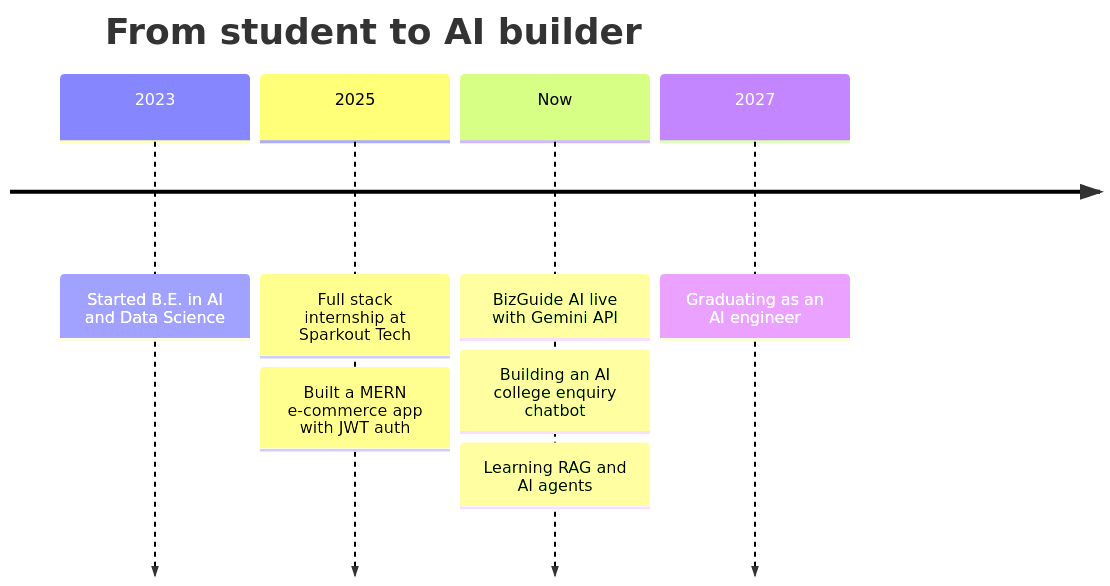
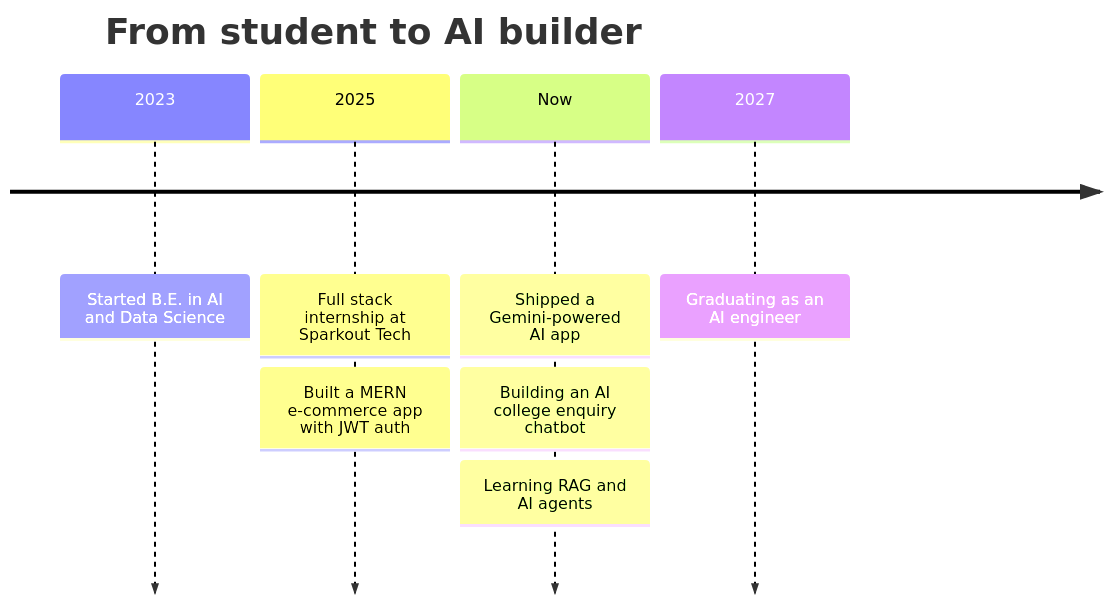
Before and after one commit to Vishwakumar-1927/Vishwakumar-1927: the second of 2 diagrams in README.md, drawn with Mermaid. The commit also changed other lines of this file, not shown here.

````diff
--- a/README.md
+++ b/README.md
@@ -31,11 +42,11 @@
 ```mermaid
 timeline
     title From student to AI builder
     2023 : Started B.E. in AI and Data Science
     2025 : Full stack internship at Sparkout Tech
          : Built a MERN e-commerce app with JWT auth
-    Now : BizGuide AI live with Gemini API
+    Now : Shipped a Gemini-powered AI app
         : Building an AI college enquiry chatbot
         : Learning RAG and AI agents
     2027 : Graduating as an AI engineer
 ```
````
